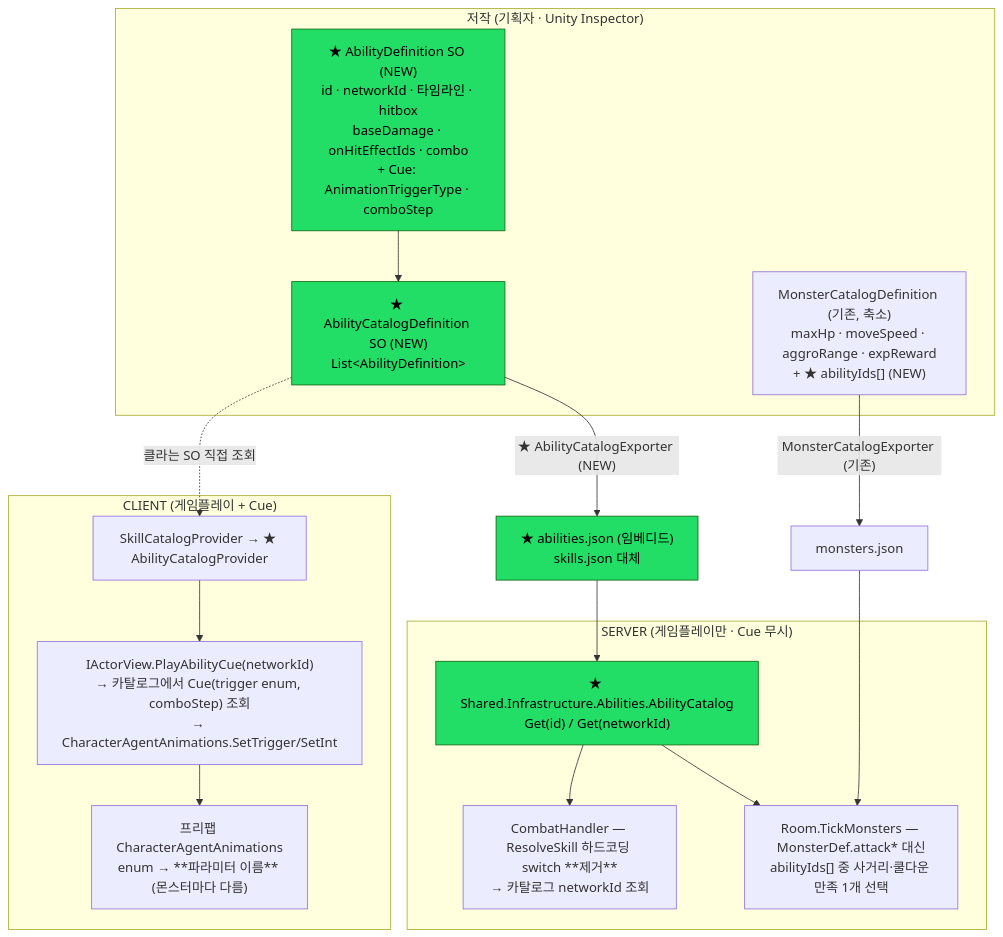
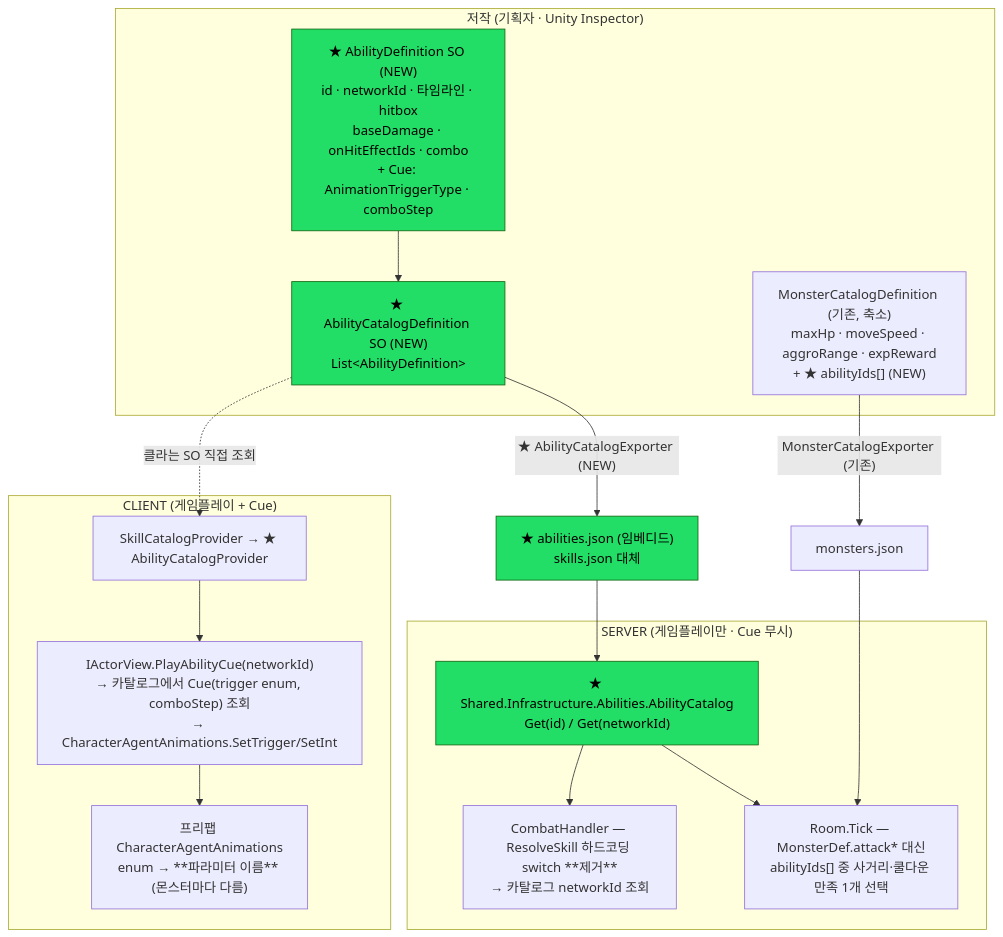
The first of 2 diagrams in docs/wiki/ability-so-authoring.md (SeoBYP/Multiplay-ActionRPG-Unity), drawn with Mermaid before and after one commit. The commit also changed other lines of this file and 89 other files, not shown here.

````diff
--- a/docs/wiki/ability-so-authoring.md
+++ b/docs/wiki/ability-so-authoring.md
@@ -32,35 +32,35 @@
 ```mermaid
 flowchart TB
     subgraph AUTH["저작 (기획자 · Unity Inspector)"]
         AB["★ AbilityDefinition SO (NEW)<br/>id · networkId · 타임라인 · hitbox<br/>baseDamage · onHitEffectIds · combo<br/>+ Cue: AnimationTriggerType · comboStep"]
         AC2["★ AbilityCatalogDefinition SO (NEW)<br/>List&lt;AbilityDefinition&gt;"]
         MC["MonsterCatalogDefinition (기존, 축소)<br/>maxHp · moveSpeed · aggroRange · expReward<br/>+ ★ abilityIds[] (NEW)"]
         AB --> AC2
     end
 
     AC2 -->|"★ AbilityCatalogExporter (NEW)"| JSON["★ abilities.json (임베디드)<br/>skills.json 대체"]
     MC -->|"MonsterCatalogExporter (기존)"| MJSON["monsters.json"]
 
     subgraph SV["SERVER (게임플레이만 · Cue 무시)"]
         SCAT["★ Shared.Infrastructure.Abilities.AbilityCatalog<br/>Get(id) / Get(networkId)"]
         CH["CombatHandler — ResolveSkill 하드코딩 switch **제거**<br/>→ 카탈로그 networkId 조회"]
-        RT["Room.TickMonsters — MonsterDef.attack* 대신<br/>abilityIds[] 중 사거리·쿨다운 만족 1개 선택"]
+        RT["Room.Tick — MonsterDef.attack* 대신<br/>abilityIds[] 중 사거리·쿨다운 만족 1개 선택"]
     end
 
     subgraph CL["CLIENT (게임플레이 + Cue)"]
         CPROV["SkillCatalogProvider → ★ AbilityCatalogProvider"]
         CUE["IActorView.PlayAbilityCue(networkId)<br/>→ 카탈로그에서 Cue(trigger enum, comboStep) 조회<br/>→ CharacterAgentAnimations.SetTrigger/SetInt"]
         PREFAB["프리팹 CharacterAgentAnimations<br/>enum → **파라미터 이름** (몬스터마다 다름)"]
         CUE --> PREFAB
     end
 
     JSON --> SCAT
     SCAT --> CH
     SCAT --> RT
     MJSON --> RT
     AC2 -.클라는 SO 직접 조회.-> CPROV
     CPROV --> CUE
 
     classDef newNode fill:#2d6,stroke:#161,color:#000;
     class AB,AC2,JSON,SCAT newNode;
 ```
````
